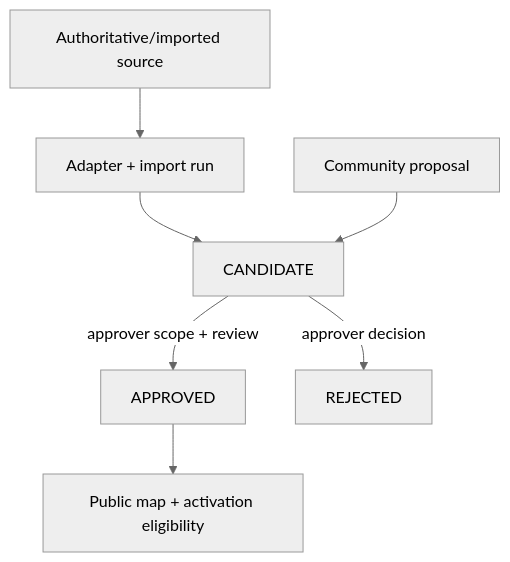
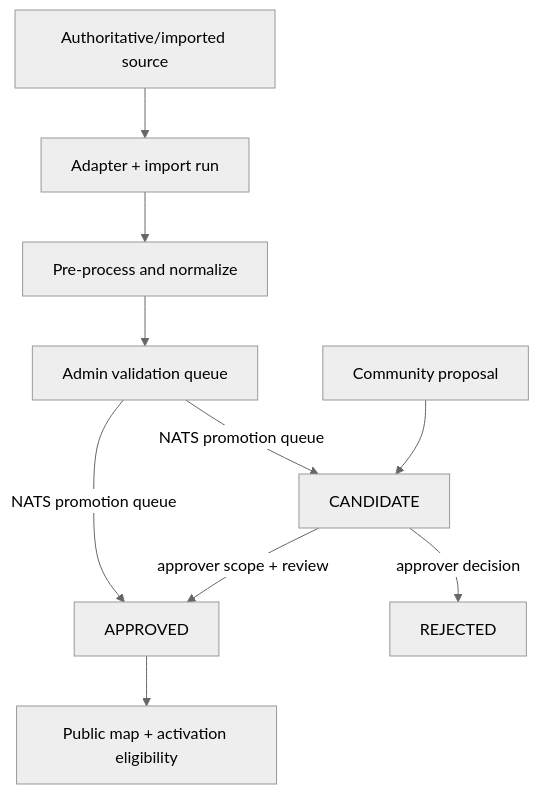
One commit to myota-platform/myota-docs changed the second of 3 diagrams in docs/architecture.md. Above: the diagram before and after it, drawn with Mermaid (neutral theme). The commit also changed other lines of this file and 2 other files, not shown here.

````diff
--- a/docs/architecture.md
+++ b/docs/architecture.md
@@ -75,9 +75,12 @@
 ```mermaid
 flowchart TD
   S[Authoritative/imported source] --> R[Adapter + import run]
-  R --> C[CANDIDATE]
+  R --> P[Pre-process and normalize]
+  P --> V[Admin validation queue]
+  V -->|NATS promotion queue| C[CANDIDATE]
+  V -->|NATS promotion queue| A[APPROVED]
   Q[Community proposal] --> C
-  C -->|approver scope + review| A[APPROVED]
+  C -->|approver scope + review| A
   C -->|approver decision| X[REJECTED]
   A --> M[Public map + activation eligibility]
 ```
````
